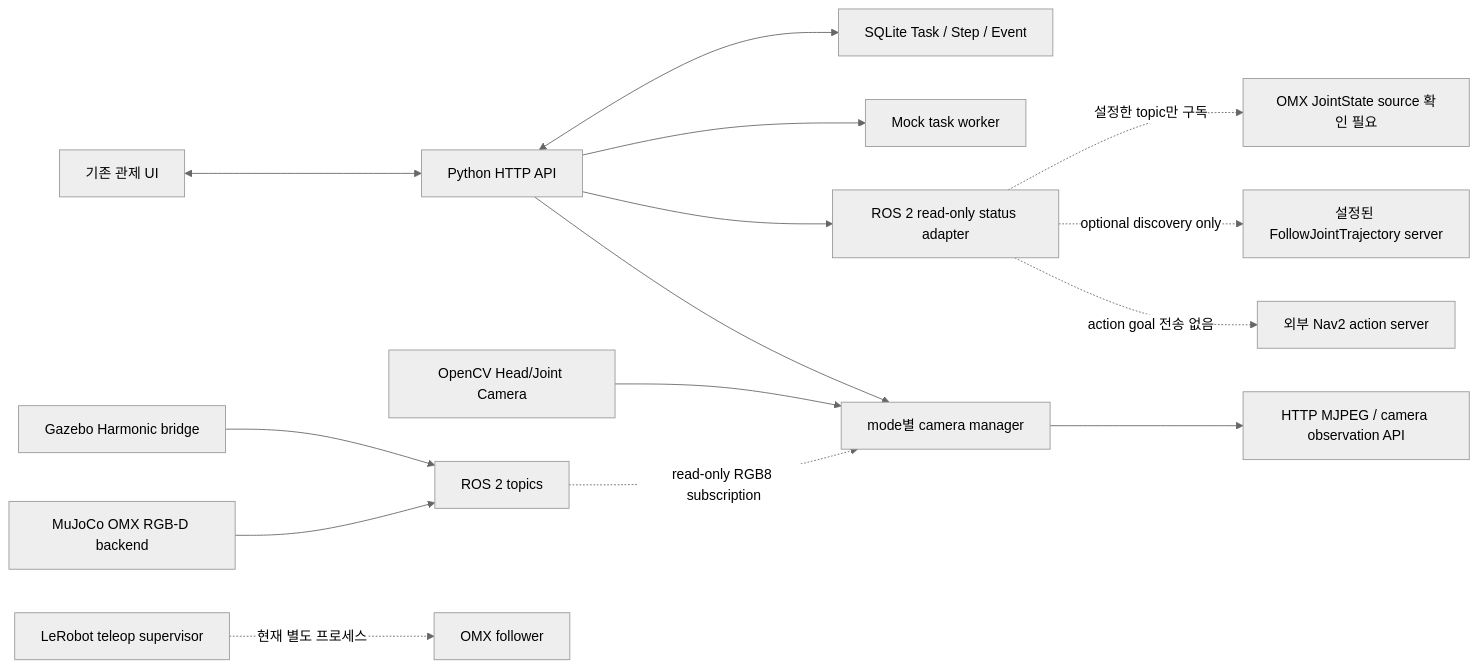
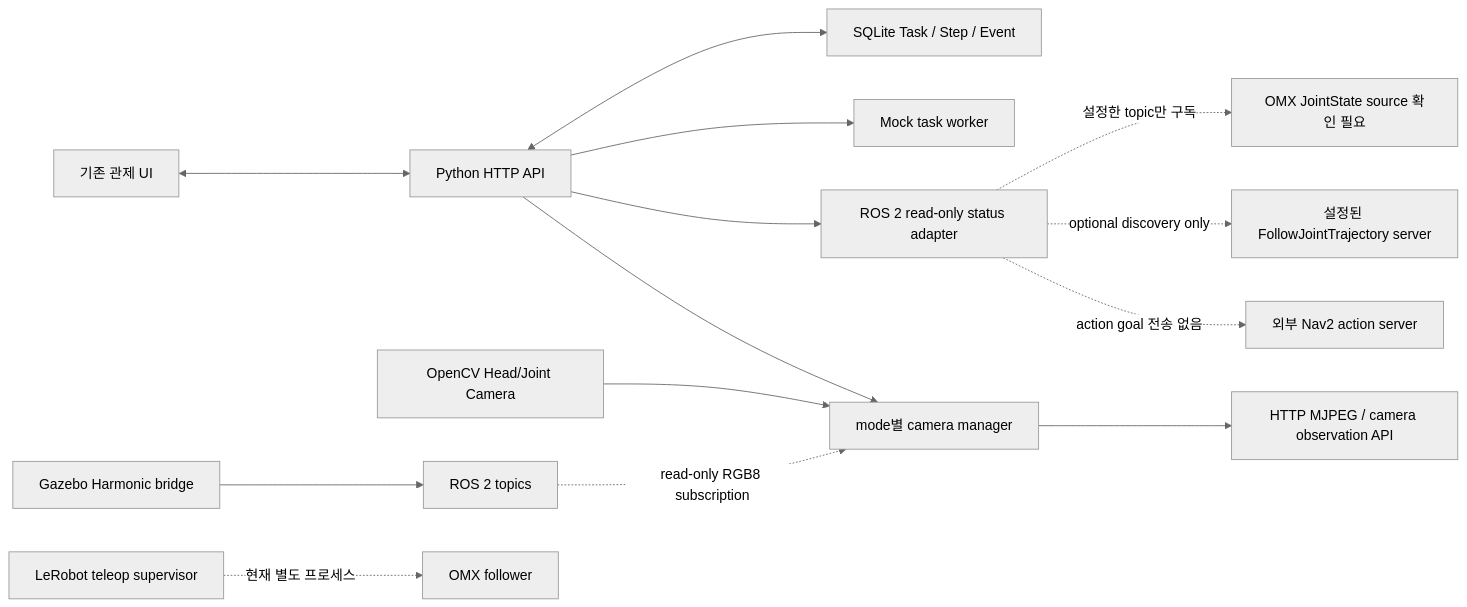
The diagram in docs/implementation/ros2-inventory.md (kernel-robot-8th/kernel-robot-repo-3), drawn with Mermaid (neutral theme) before and after one commit. The commit also changed other lines of this file and 73 other files, not shown here.

````diff
--- a/docs/implementation/ros2-inventory.md
+++ b/docs/implementation/ros2-inventory.md
@@ -57,17 +53,16 @@
 ```mermaid
 flowchart LR
   UI[기존 관제 UI] <--> HTTP[Python HTTP API]
   HTTP <--> DB[SQLite Task / Step / Event]
   HTTP --> Mock[Mock task worker]
   HTTP --> Cameras[mode별 camera manager]
   Physical[OpenCV Head/Joint Camera] --> Cameras
   ROSGraph -. read-only RGB8 subscription .-> Cameras
   Cameras --> MJPEG[HTTP MJPEG / camera observation API]
   HTTP --> ROSProbe[ROS 2 read-only status adapter]
   ROSProbe -. action goal 전송 없음 .-> Nav2[외부 Nav2 action server]
   ROSProbe -. optional discovery only .-> ArmAction[설정된 FollowJointTrajectory server]
   ROSProbe -. 설정한 topic만 구독 .-> JointStates[OMX JointState source 확인 필요]
   Teleop[LeRobot teleop supervisor] -. 현재 별도 프로세스 .-> OMX[OMX follower]
   GZ[Gazebo Harmonic bridge] --> ROSGraph[ROS 2 topics]
-  MuJoCo[MuJoCo OMX RGB-D backend] --> ROSGraph
 ```
````
